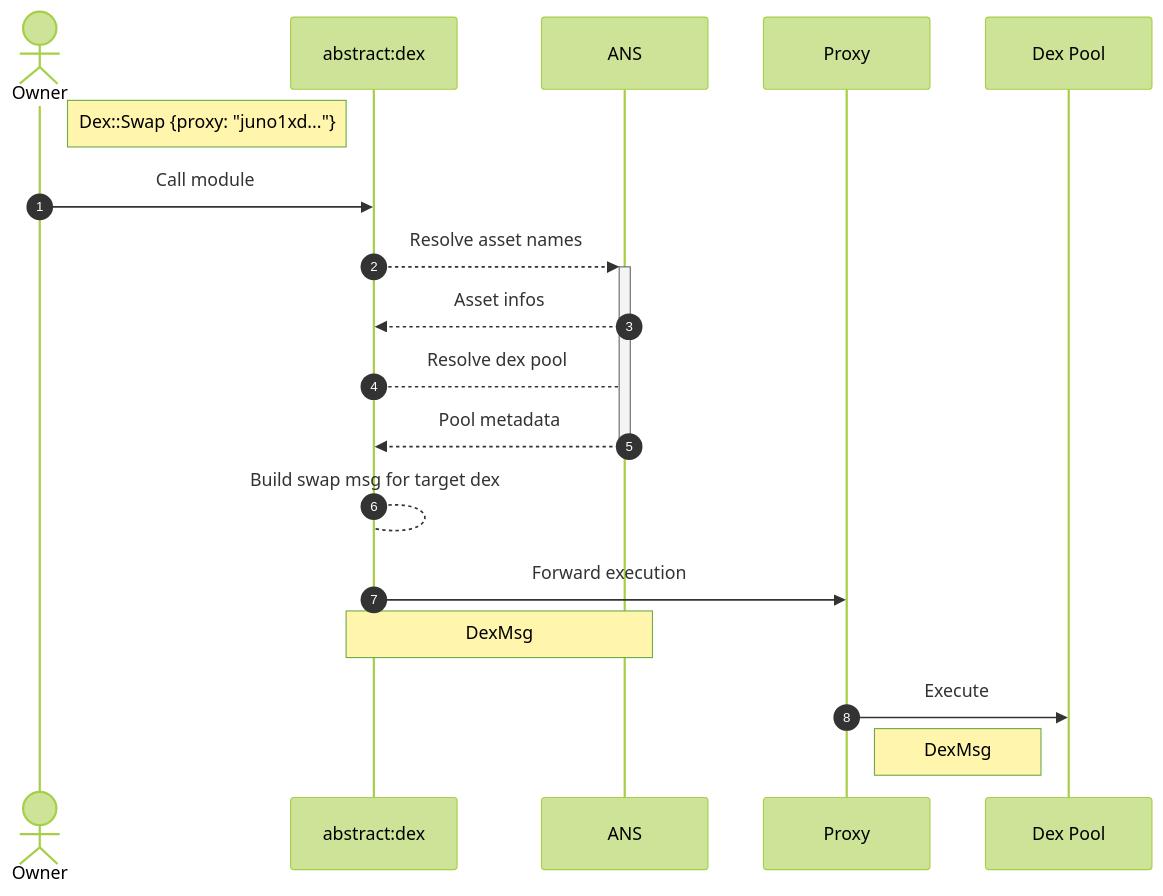
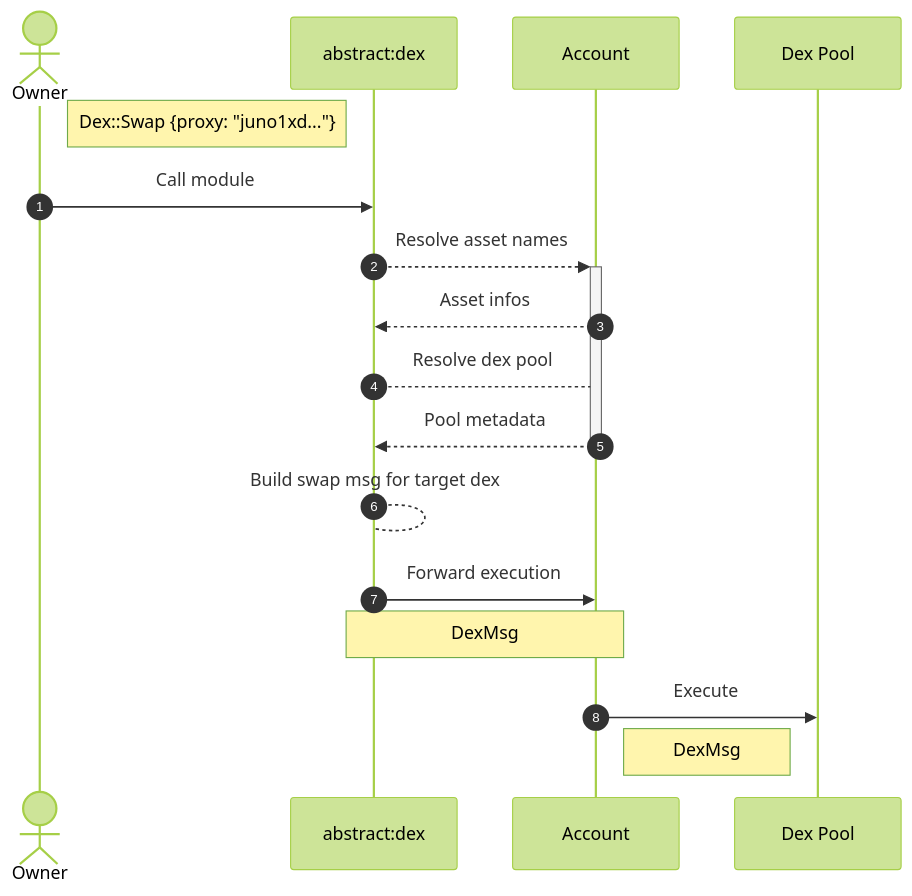
Before and after one commit to AbstractSDK/abstract: the third of 4 diagrams in framework/docs/src/5_platform/5_module_factory.md, drawn with Mermaid (forest theme). The commit also changed other lines of this file and 3 other files, not shown here.

````diff
--- a/framework/docs/src/5_platform/5_module_factory.md
+++ b/framework/docs/src/5_platform/5_module_factory.md
@@ -61,20 +61,20 @@
 ```mermaid
 sequenceDiagram
     autonumber
     actor U as Owner
     participant D as abstract:dex
     participant A as ANS
-    participant P as Proxy
+    participant A as Account
     participant T as Dex Pool
     Note right of U: Dex::Swap {proxy: "juno1xd..."}
     U ->> D: Call module
     D -->>+ A: Resolve asset names
     A -->> D: Asset infos
     D --> A: Resolve dex pool
     A -->>- D: Pool metadata
     D --> D: Build swap msg for target dex
-    D ->> P: Forward execution
+    D ->> A: Forward execution
     Note over D, A: DexMsg
-    P ->> T: Execute
-    Note right of P: DexMsg
+    A ->> T: Execute
+    Note right of A: DexMsg
 ```
````
